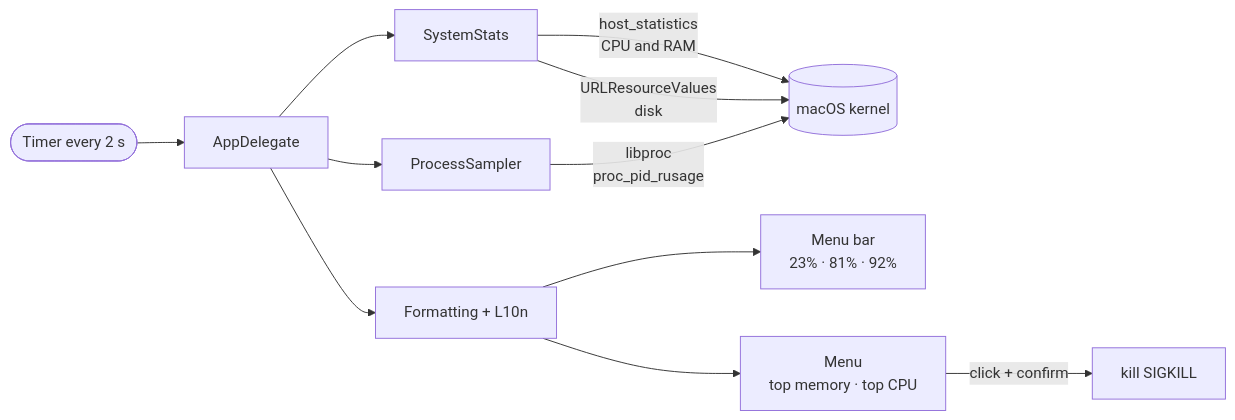
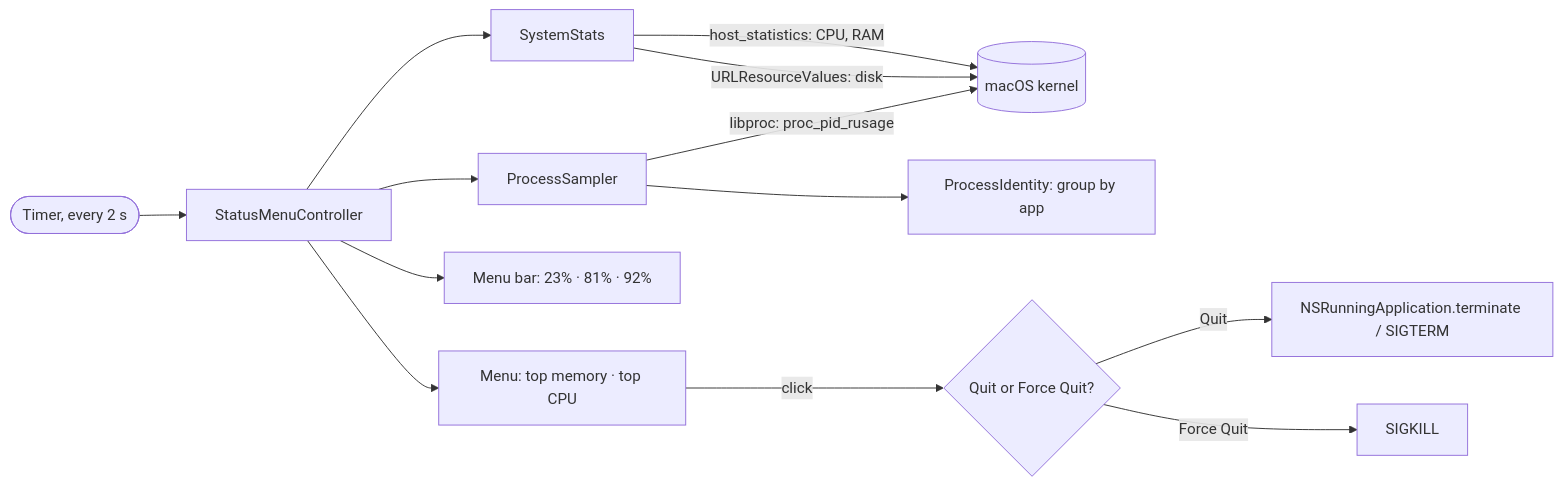
One commit to xfelipealves/SystemMonitor changed the diagram in README.md. Above: the diagram before and after it, drawn with Mermaid. The commit also changed other lines of this file and 31 other files, not shown here.

````diff
--- a/README.md
+++ b/README.md
@@ -52,13 +103,15 @@
 ```mermaid
 flowchart LR
-    T(["Timer every 2 s"]) --> A[AppDelegate]
-    A --> S[SystemStats]
-    A --> P[ProcessSampler]
-    S -- "host_statistics<br>CPU and RAM" --> K[(macOS kernel)]
-    S -- "URLResourceValues<br>disk" --> K
-    P -- "libproc<br>proc_pid_rusage" --> K
-    A --> F[Formatting + L10n]
-    F --> B["Menu bar<br>23% · 81% · 92%"]
-    F --> M["Menu<br>top memory · top CPU"]
-    M -- "click + confirm" --> X["kill SIGKILL"]
+    T(["Timer, every 2 s"]) --> C[StatusMenuController]
+    C --> S[SystemStats]
+    C --> P[ProcessSampler]
+    S -- "host_statistics: CPU, RAM" --> K[(macOS kernel)]
+    S -- "URLResourceValues: disk" --> K
+    P -- "libproc: proc_pid_rusage" --> K
+    P --> I["ProcessIdentity: group by app"]
+    C --> B["Menu bar: 23% · 81% · 92%"]
+    C --> M["Menu: top memory · top CPU"]
+    M -- "click" --> A{"Quit or Force Quit?"}
+    A -- "Quit" --> Q["NSRunningApplication.terminate / SIGTERM"]
+    A -- "Force Quit" --> X["SIGKILL"]
 ```
````
